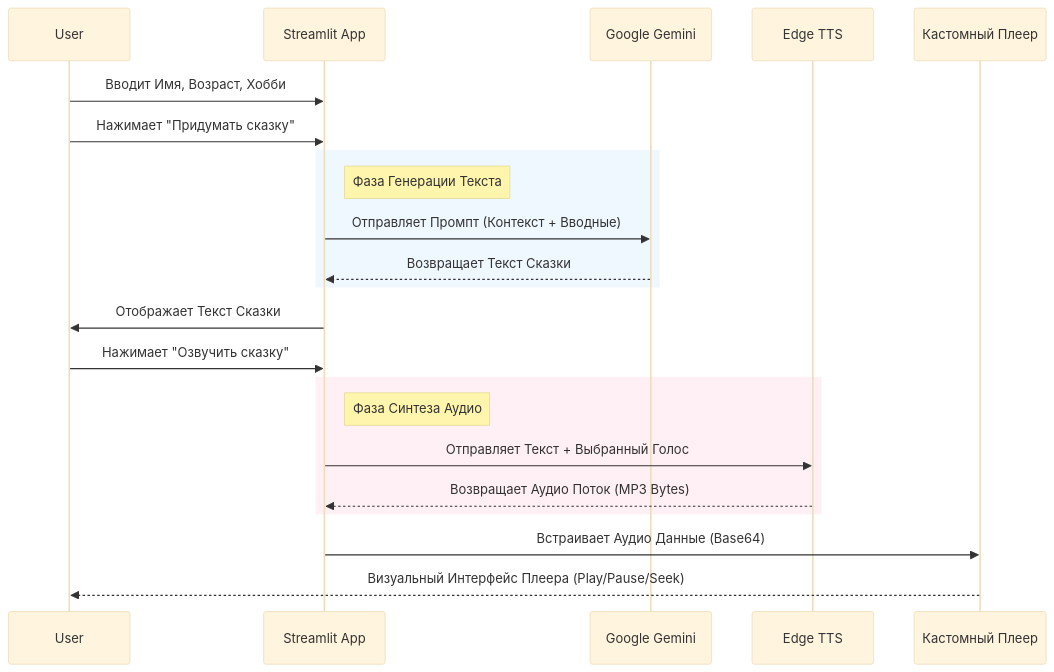
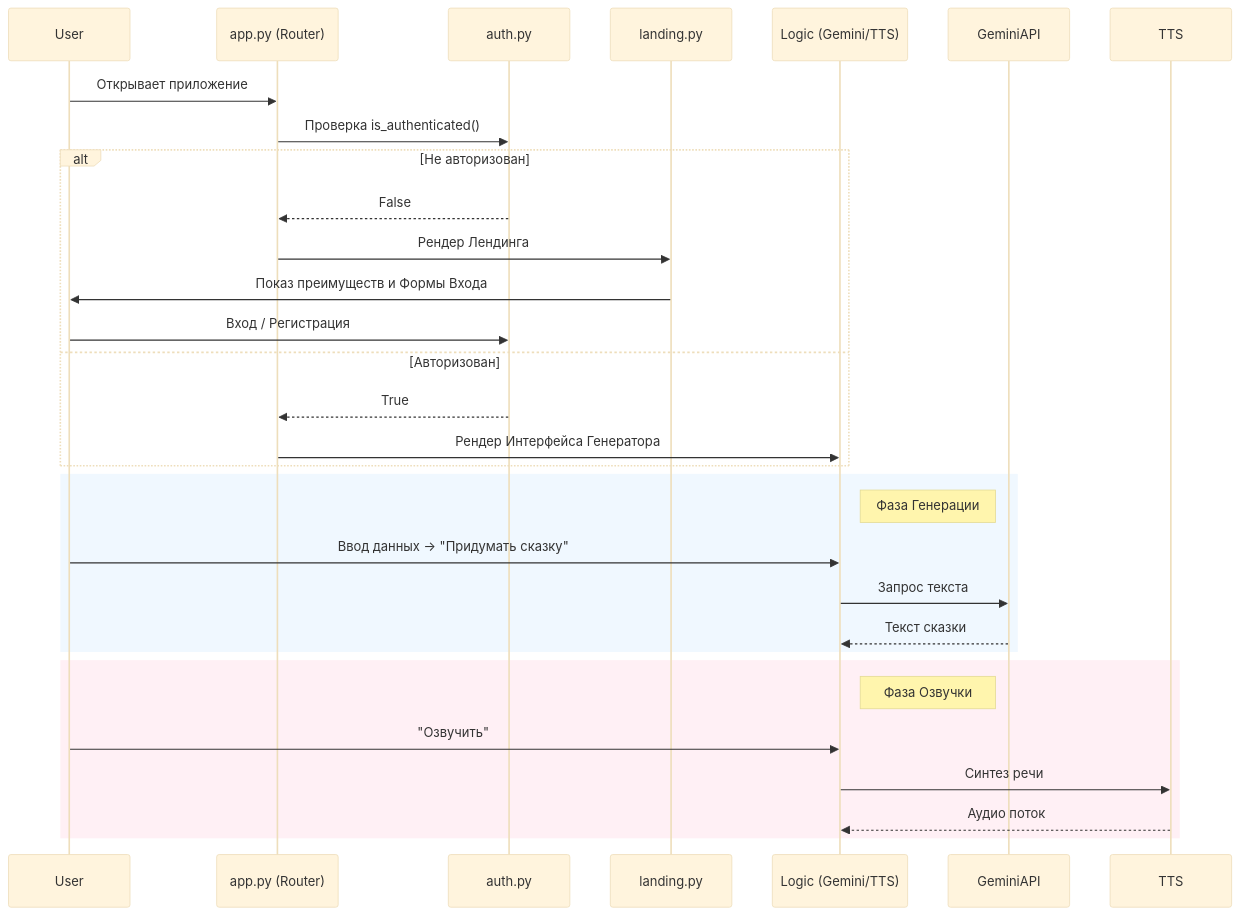
Before and after one commit to sam-nv89/fairy_tale_generator: the diagram in ARCHITECTURE.md, drawn with Mermaid (base theme). The commit also changed other lines of this file and 8 other files, not shown here.

Commit message:
Refactor: Modular architecture (auth, landing, styles), Landing 2.0 Redesign with Glassmorphism, Supabase Auth Integration, and Docs Update

````diff
--- a/ARCHITECTURE.md
+++ b/ARCHITECTURE.md
@@ -27,30 +30,35 @@
 ```mermaid
 sequenceDiagram
     participant User
-    participant StreamlitUI as Streamlit App
-    participant GeminiAPI as Google Gemini
-    participant TTS as Edge TTS
-    participant AudioPlayer as Кастомный Плеер
+    participant App as app.py (Router)
+    participant Auth as auth.py
+    participant Landing as landing.py
+    participant Generator as Logic (Gemini/TTS)
 
-    User->>StreamlitUI: Вводит Имя, Возраст, Хобби
-    User->>StreamlitUI: Нажимает "Придумать сказку"
+    User->>App: Открывает приложение
+    App->>Auth: Проверка is_authenticated()
+    
+    alt Не авторизован
+        Auth-->>App: False
+        App->>Landing: Рендер Лендинга
+        Landing->>User: Показ преимуществ и Формы Входа
+        User->>Auth: Вход / Регистрация
+    else Авторизован
+        Auth-->>App: True
+        App->>Generator: Рендер Интерфейса Генератора
+    end
     
     rect rgb(240, 248, 255)
-        note right of StreamlitUI: Фаза Генерации Текста
-        StreamlitUI->>GeminiAPI: Отправляет Промпт (Контекст + Вводные)
-        GeminiAPI-->>StreamlitUI: Возвращает Текст Сказки
+        note right of Generator: Фаза Генерации
+        User->>Generator: Ввод данных -> "Придумать сказку"
+        Generator->>GeminiAPI: Запрос текста
+        GeminiAPI-->>Generator: Текст сказки
     end
     
-    StreamlitUI->>User: Отображает Текст Сказки
-    
-    User->>StreamlitUI: Нажимает "Озвучить сказку"
-    
     rect rgb(255, 240, 245)
-        note right of StreamlitUI: Фаза Синтеза Аудио
-        StreamlitUI->>TTS: Отправляет Текст + Выбранный Голос
-        TTS-->>StreamlitUI: Возвращает Аудио Поток (MP3 Bytes)
+        note right of Generator: Фаза Озвучки
+        User->>Generator: "Озвучить"
+        Generator->>TTS: Синтез речи
+        TTS-->>Generator: Аудио поток
     end
-    
-    StreamlitUI->>AudioPlayer: Встраивает Аудио Данные (Base64)
-    AudioPlayer-->>User: Визуальный Интерфейс Плеера (Play/Pause/Seek)
 ```
````
